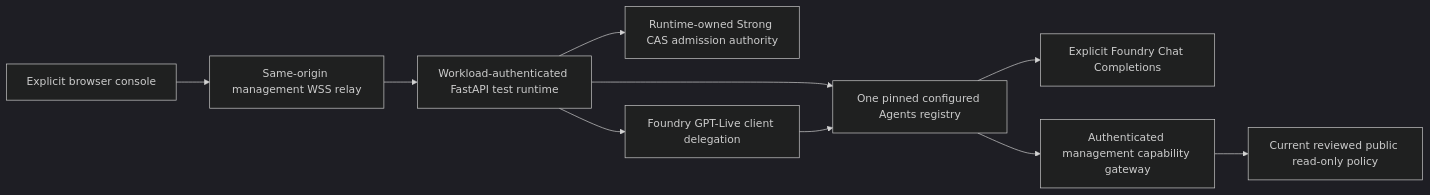
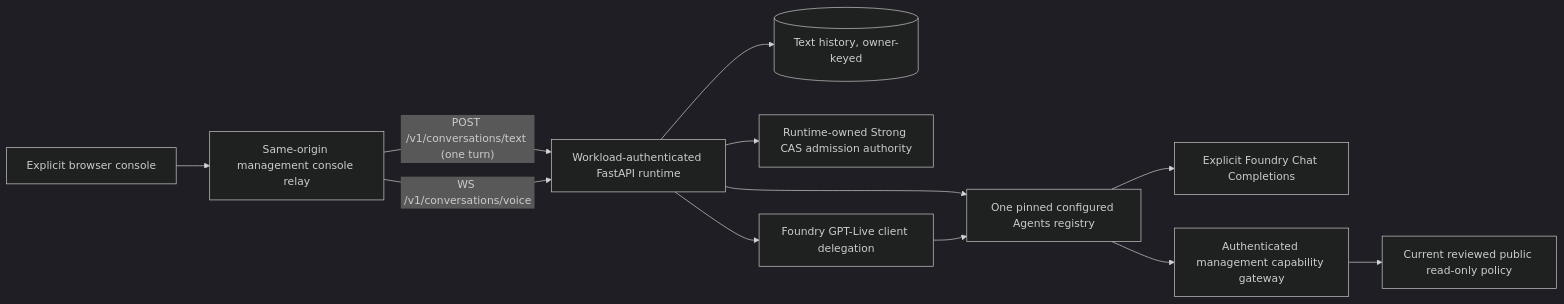
The second of 5 diagrams in docs/architecture.md (marvinbuss/caller-ai), drawn with Mermaid (dark theme) before and after one commit. The commit also changed other lines of this file and 236 other files, not shown here.

Commit message:
feat: simplify codebase around text and voice conversation endpoints

````diff
--- a/docs/architecture.md
+++ b/docs/architecture.md
@@ -25,12 +64,14 @@
 ```mermaid
 flowchart LR
-    Browser[Explicit browser console] --> Gateway[Same-origin management WSS relay]
-    Gateway --> Runtime[Workload-authenticated FastAPI test runtime]
+    Browser[Explicit browser console] --> Gateway[Same-origin management console relay]
+    Gateway -- "POST /v1/conversations/text (one turn)" --> Runtime[Workload-authenticated FastAPI runtime]
+    Gateway -- "WS /v1/conversations/voice" --> Runtime
+    Runtime --> History[(Text history, owner-keyed)]
     Runtime --> Authority[Runtime-owned Strong CAS admission authority]
     Runtime --> Registry[One pinned configured Agents registry]
     Registry --> Text[Explicit Foundry Chat Completions]
     Runtime --> Live[Foundry GPT-Live client delegation]
     Live --> Registry
     Registry --> Capabilities[Authenticated management capability gateway]
     Capabilities --> Policy[Current reviewed public read-only policy]
 ```
````
